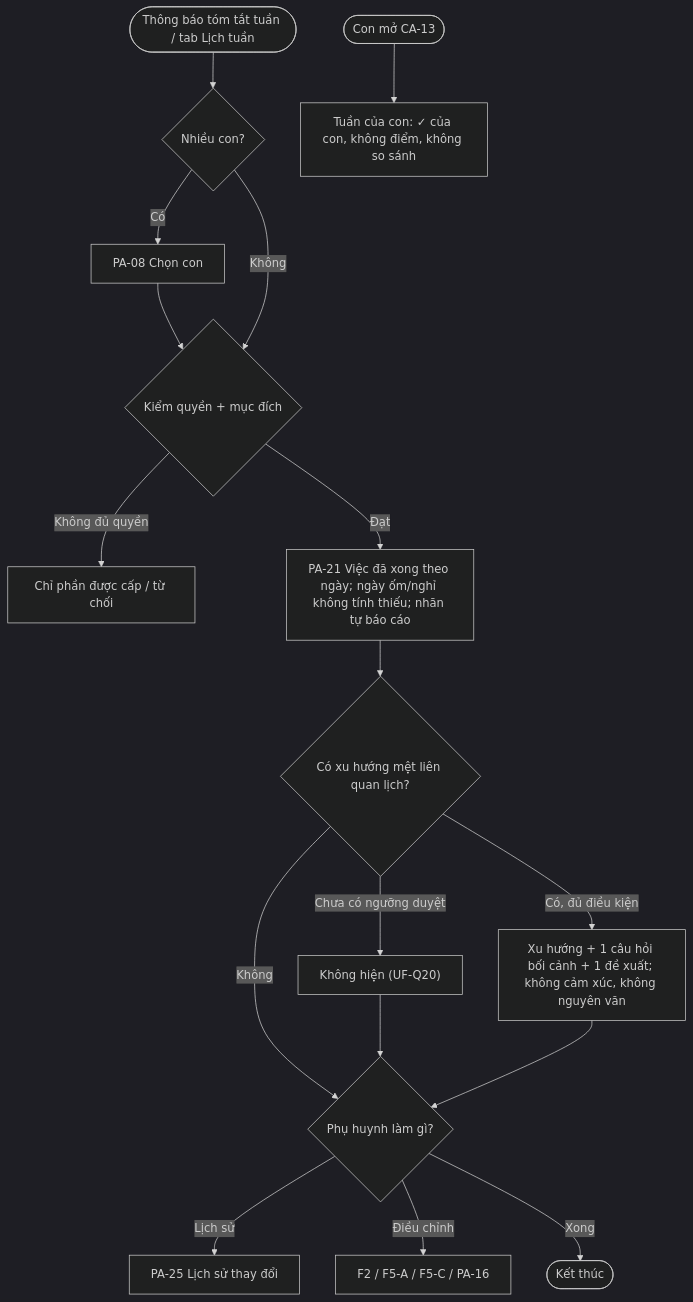
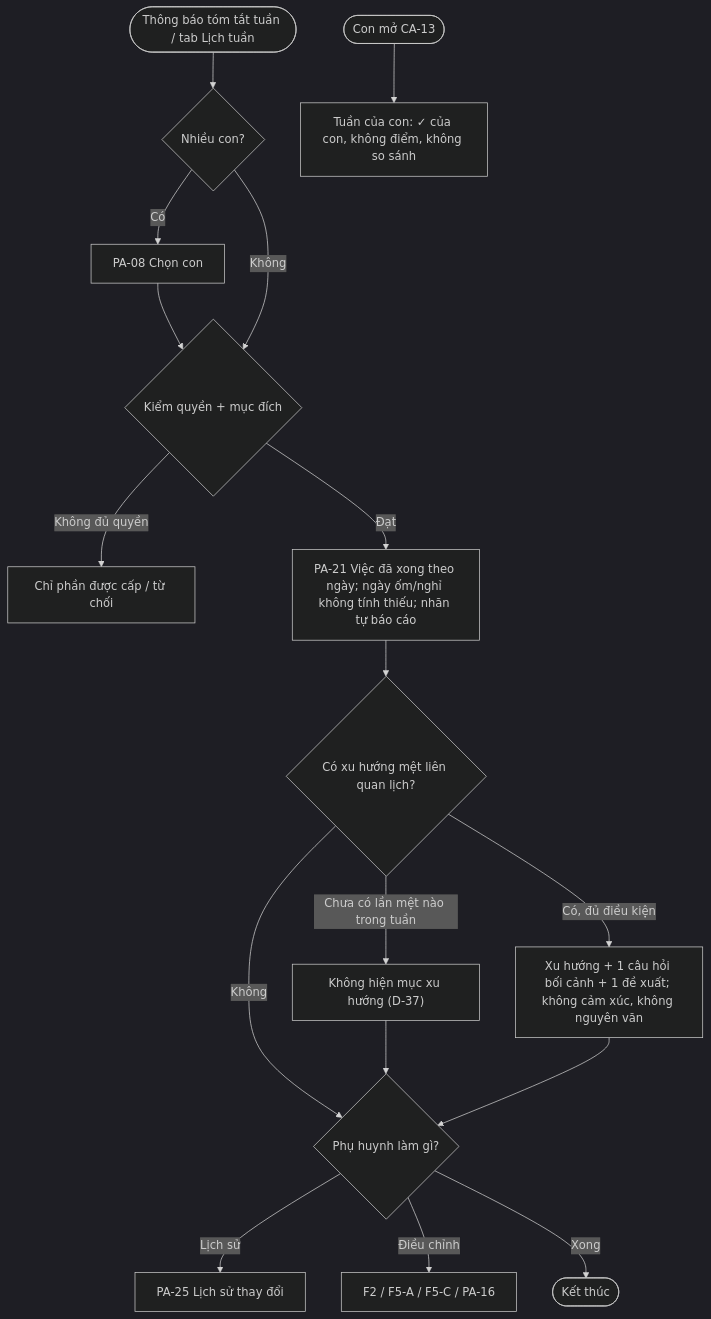
Before and after one commit to ChadNguyen1608/app-parent-pal: the first of 11 diagrams in app-design-document/04_User_Flow/User_Flow_04_2_Remaining_Flows.md, drawn with Mermaid (dark theme). The commit also changed other lines of this file and 8 other files, not shown here.

````diff
--- a/app-design-document/04_User_Flow/User_Flow_04_2_Remaining_Flows.md
+++ b/app-design-document/04_User_Flow/User_Flow_04_2_Remaining_Flows.md
@@ -199,18 +201,18 @@
 ```mermaid
 flowchart TD
   A([Thông báo tóm tắt tuần / tab Lịch tuần]) --> B{"Nhiều con?"}
   B -- Có --> B1["PA-08 Chọn con"] --> C
   B -- Không --> C{"Kiểm quyền + mục đích"}
   C -- "Không đủ quyền" --> C1["Chỉ phần được cấp / từ chối"]
   C -- Đạt --> D["PA-21 Việc đã xong theo ngày; ngày ốm/nghỉ không tính thiếu; nhãn tự báo cáo"]
   D --> E{"Có xu hướng mệt liên quan lịch?"}
-  E -- "Chưa có ngưỡng duyệt" --> E0["Không hiện (UF-Q20)"]
+  E -- "Chưa có lần mệt nào trong tuần" --> E0["Không hiện mục xu hướng (D-37)"]
   E -- "Có, đủ điều kiện" --> E1["Xu hướng + 1 câu hỏi bối cảnh + 1 đề xuất; không cảm xúc, không nguyên văn"]
   E -- Không --> F
   E0 --> F
   E1 --> F{"Phụ huynh làm gì?"}
   F -- "Lịch sử" --> G["PA-25 Lịch sử thay đổi"]
   F -- "Điều chỉnh" --> H["F2 / F5-A / F5-C / PA-16"]
   F -- "Xong" --> I([Kết thúc])
   K([Con mở CA-13]) --> K1["Tuần của con: ✓ của con, không điểm, không so sánh"]
 ```
````
